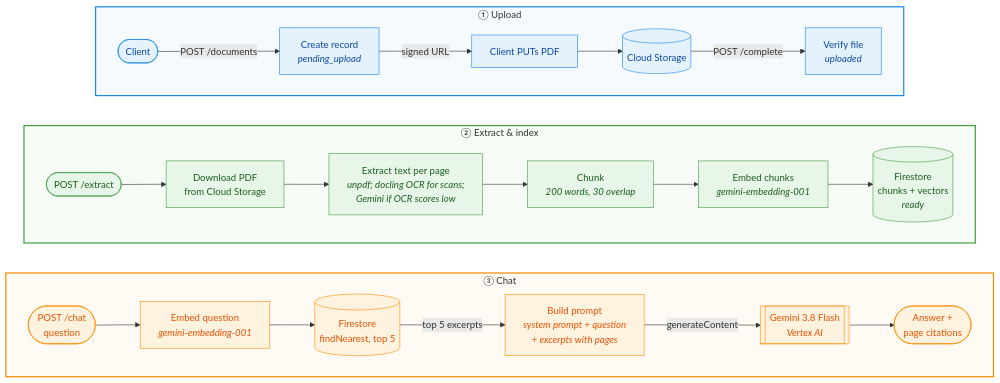
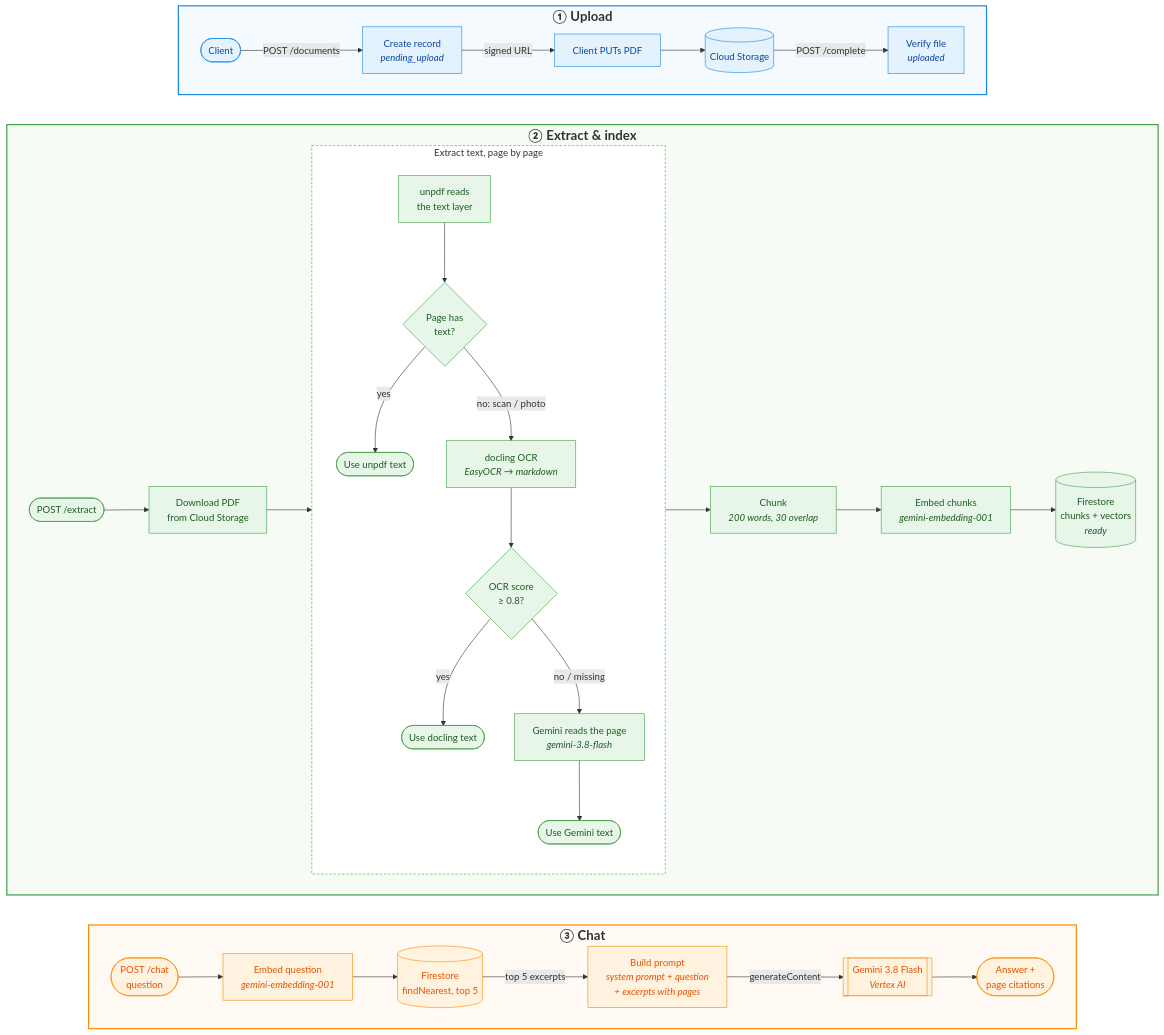
Before and after one commit to shrirambalakrishnan/chat-with-pdf: the diagram in README.md, drawn with Mermaid.

Commit message:
Show the extraction flow page by page in the README diagram
The "How this works?" diagram had one box for text extraction. It now
has a sub-box with the path each page takes: unpdf reads the text layer;
a page with no text goes to docling OCR; a page whose OCR score is below
0.8, or missing, is read again by Gemini. The three section titles are
larger and bold so they read as headings.

Closes #61.

````diff
--- a/README.md
+++ b/README.md
@@ -14,40 +14,51 @@
 ```mermaid
 flowchart TB
-    subgraph upload["① Upload"]
+    subgraph upload["<span style='font-size:22px'><b>① Upload</b></span>"]
         direction LR
         u1(["Client"]) -->|"POST /documents"| u2["Create record<br/><i>pending_upload</i>"]
         u2 -->|"signed URL"| u3["Client PUTs PDF"]
         u3 --> u4[("Cloud Storage")]
         u4 -->|"POST /complete"| u5["Verify file<br/><i>uploaded</i>"]
     end
 
-    subgraph ingest["② Extract & index"]
+    subgraph ingest["<span style='font-size:22px'><b>② Extract & index</b></span>"]
         direction LR
         i1(["POST /extract"]) --> i2["Download PDF<br/>from Cloud Storage"]
-        i2 --> i3["Extract text per page<br/><i>unpdf; docling OCR for scans;<br/>Gemini if OCR scores low</i>"]
-        i3 --> i4["Chunk<br/><i>200 words, 30 overlap</i>"]
+        i2 --> extract
+        subgraph extract["Extract text, page by page"]
+            direction TB
+            e1["unpdf reads<br/>the text layer"] --> e2{"Page has<br/>text?"}
+            e2 -->|yes| e3(["Use unpdf text"])
+            e2 -->|"no: scan / photo"| e4["docling OCR<br/><i>EasyOCR → markdown</i>"]
+            e4 --> e5{"OCR score<br/>≥ 0.8?"}
+            e5 -->|yes| e6(["Use docling text"])
+            e5 -->|"no / missing"| e7["Gemini reads the page<br/><i>gemini-3.8-flash</i>"]
+            e7 --> e8(["Use Gemini text"])
+        end
+        extract --> i4["Chunk<br/><i>200 words, 30 overlap</i>"]
         i4 --> i5["Embed chunks<br/><i>gemini-embedding-001</i>"]
         i5 --> i6[("Firestore<br/>chunks + vectors<br/><i>ready</i>")]
     end
 
-    subgraph chat["③ Chat"]
+    subgraph chat["<span style='font-size:22px'><b>③ Chat</b></span>"]
         direction LR
         c1(["POST /chat<br/>question"]) --> c2["Embed question<br/><i>gemini-embedding-001</i>"]
         c2 --> c3[("Firestore<br/>findNearest, top 5")]
         c3 -->|"top 5 excerpts"| c4["Build prompt<br/><i>system prompt + question<br/>+ excerpts with pages</i>"]
         c4 -->|"generateContent"| c5[["Gemini 3.8 Flash<br/><i>Vertex AI</i>"]]
         c5 --> c6(["Answer +<br/>page citations"])
     end
 
     upload ~~~ ingest ~~~ chat
 
     classDef up fill:#e3f2fd,stroke:#1e88e5,color:#0d47a1
     classDef ing fill:#e8f5e9,stroke:#43a047,color:#1b5e20
     classDef ask fill:#fff3e0,stroke:#fb8c00,color:#e65100
     class u1,u2,u3,u4,u5 up
-    class i1,i2,i3,i4,i5,i6 ing
+    class i1,i2,i4,i5,i6,e1,e2,e3,e4,e5,e6,e7,e8 ing
     class c1,c2,c3,c4,c5,c6 ask
     style upload fill:#f5faff,stroke:#1e88e5,stroke-width:2px
     style ingest fill:#f6fbf6,stroke:#43a047,stroke-width:2px
+    style extract fill:#ffffff,stroke:#43a047,stroke-dasharray:4 3
     style chat fill:#fffaf3,stroke:#fb8c00,stroke-width:2px
 ```
````
